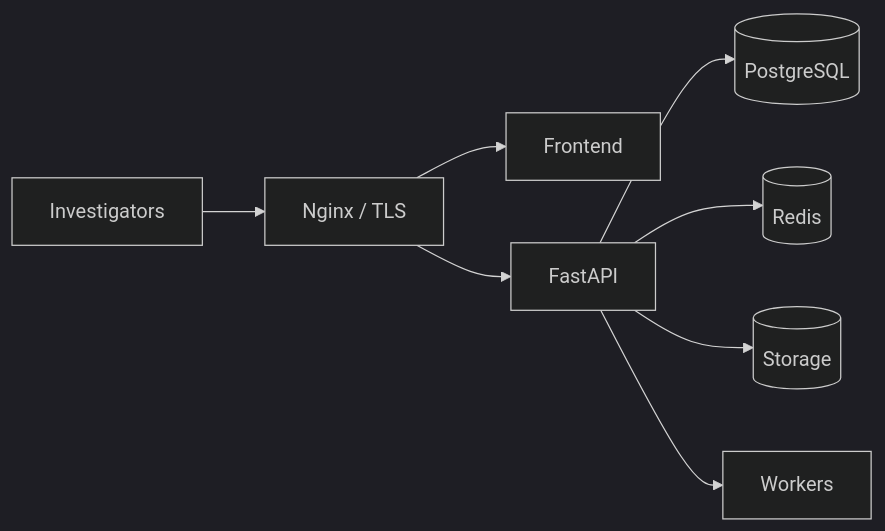
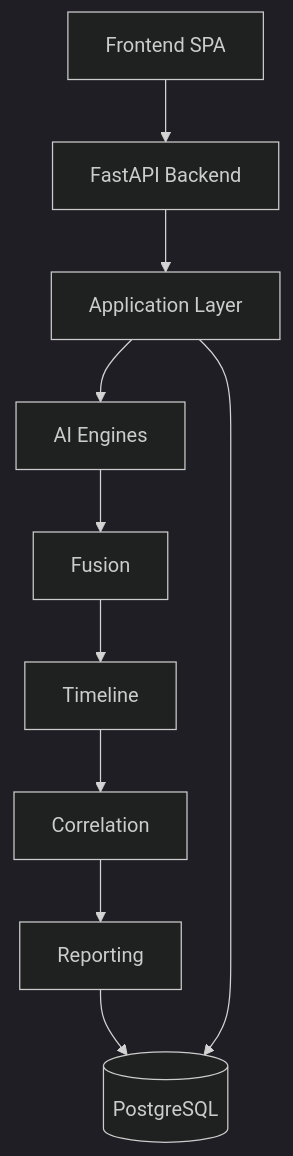
One commit to Aayush-Rasaily/AI-FOREG-An-AI-Multimodel-digital-forensic-and-Fraud-Detection-System- changed the first of 4 diagrams in README.md. Above: the diagram before and after it, drawn with Mermaid (dark theme). The commit also changed other lines of this file and 261 other files, not shown here.

````diff
--- a/README.md
+++ b/README.md
@@ -34,10 +87,22 @@
 ```mermaid
-flowchart LR
-  user[Investigators] --> edge[Nginx / TLS]
-  edge --> spa[Frontend]
-  edge --> api[FastAPI]
-  api --> pg[(PostgreSQL)]
-  api --> redis[(Redis)]
-  api --> store[(Storage)]
-  api --> workers[Workers]
+flowchart TB
+  Frontend[Frontend SPA]
+  API[FastAPI Backend]
+  App[Application Layer]
+  AI[AI Engines]
+  Fusion[Fusion]
+  Timeline[Timeline]
+  Correlation[Correlation]
+  Reporting[Reporting]
+  DB[(PostgreSQL)]
+
+  Frontend --> API
+  API --> App
+  App --> AI
+  AI --> Fusion
+  Fusion --> Timeline
+  Timeline --> Correlation
+  Correlation --> Reporting
+  Reporting --> DB
+  App --> DB
 ```
````
